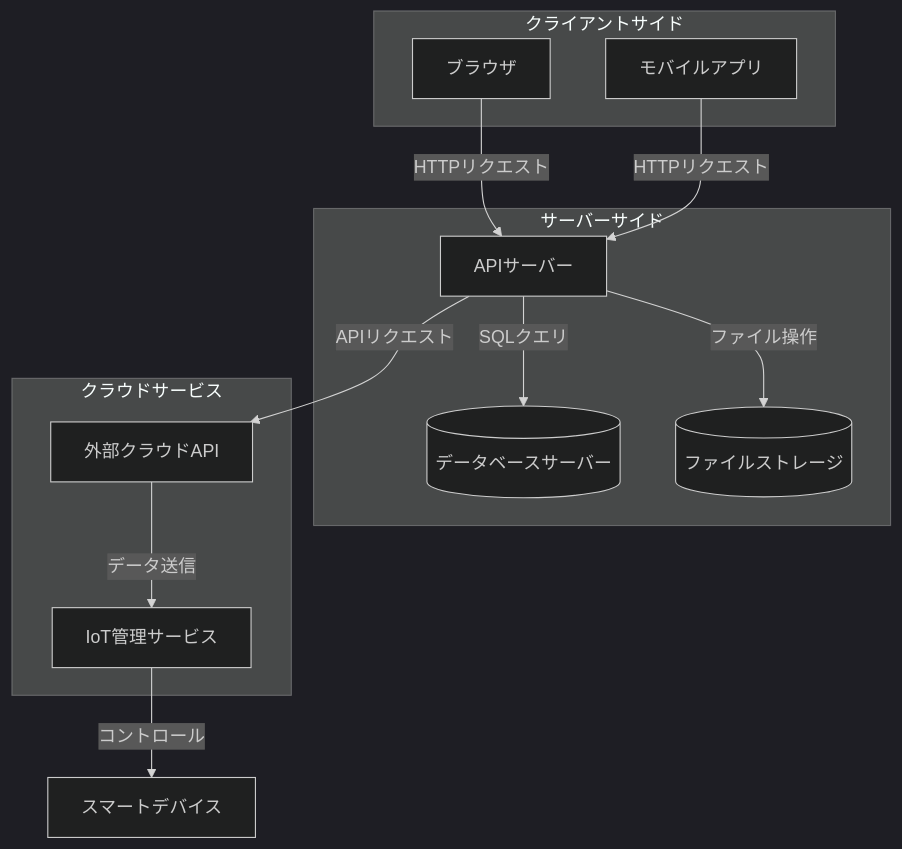
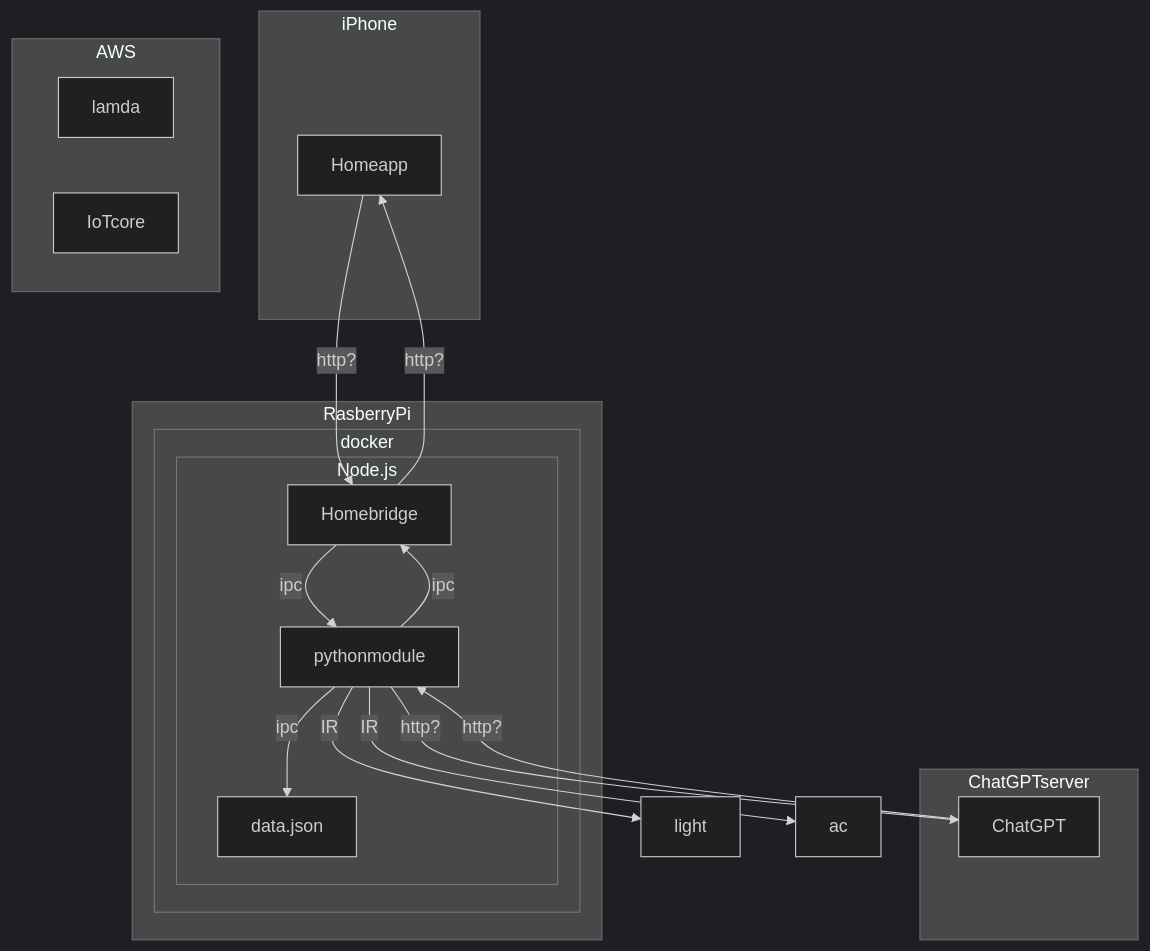
One commit to arumi123/HomeHub changed the diagram in docs/architecture.md. Above: the diagram before and after it, drawn with Mermaid (dark theme). The commit also changed other lines of this file, not shown here.

Commit message:
配置図の挿入

````diff
--- a/docs/architecture.md
+++ b/docs/architecture.md
@@ -1,26 +1,39 @@
 ```mermaid
 graph TD;
-    subgraph ClientSide [クライアントサイド]
-        Browser[ブラウザ]
-        MobileApp[モバイルアプリ]
+    subgraph iPhone [iPhone]
+        Homeapp[Homeapp]
     end
 
-    subgraph ServerSide [サーバーサイド]
-        API[APIサーバー]
-        DB[(データベースサーバー)]
-        FileStorage[(ファイルストレージ)]
+    subgraph ChatGPTserver [ChatGPTserver]
+        ChatGPT[ChatGPT]
     end
 
-    subgraph CloudService [クラウドサービス]
-        CloudAPI[外部クラウドAPI]
-        IoTService[IoT管理サービス]
+    subgraph AWS [AWS]
+        lamda[lamda]
+        IoTcore[IoTcore]
     end
 
-    Browser -->|HTTPリクエスト| API
-    MobileApp -->|HTTPリクエスト| API
-    API -->|SQLクエリ| DB
-    API -->|ファイル操作| FileStorage
-    API -->|APIリクエスト| CloudAPI
-    CloudAPI -->|データ送信| IoTService
-    IoTService -->|コントロール| Device[スマートデバイス]
+    subgraph RasPiSide [RasberryPi]
+        subgraph dockercontainer[docker]
+            subgraph Node.js[Node.js]
+                Homebridge[Homebridge]
+                pythonmodule[pythonmodule]
+                data.json[data.json]
+            end
+        end
+    end
+
+    light
+
+    ac
+
+    Homeapp -->|http?| Homebridge
+    Homebridge -->|ipc| pythonmodule
+    Homebridge -->|http?| Homeapp
+    pythonmodule -->|IR| light
+    pythonmodule -->|IR| ac
+    pythonmodule -->|ipc| Homebridge
+    pythonmodule -->|ipc| data.json
+    pythonmodule -->|http?| ChatGPT
+    ChatGPT -->|http?| pythonmodule
 ```
````
